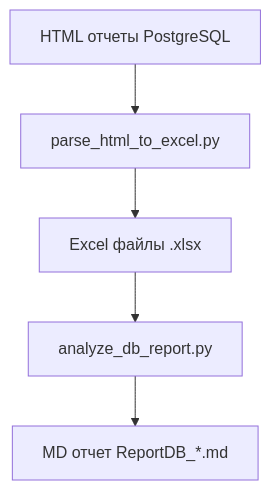
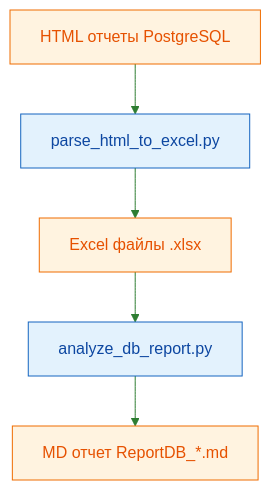
Before and after one commit to AlexandrSilich/Silian_Main: the diagram in README — копия.md, drawn with Mermaid.

Commit message:
Update README — копия.md

````diff
--- a/README — копия.md
+++ b/README — копия.md
@@ -114,7 +114,13 @@
 ```mermaid
+%%{init: {"theme": "base", "themeVariables": { "primaryColor": "#E8F5E9", "primaryTextColor": "#1B5E20", "lineColor": "#2E7D32", "tertiaryColor": "#FFFDE7" }}}%%
 flowchart TD
     A[HTML отчеты PostgreSQL] --> B[parse_html_to_excel.py]
     B --> C[Excel файлы .xlsx]
     C --> D[analyze_db_report.py]
     D --> E[MD отчет ReportDB_*.md]
+
+    classDef script fill:#E3F2FD,stroke:#1565C0,stroke-width:1px,color:#0D47A1;
+    classDef artifact fill:#FFF3E0,stroke:#EF6C00,stroke-width:1px,color:#E65100;
+    class B,D script;
+    class A,C,E artifact;
 ```
````
